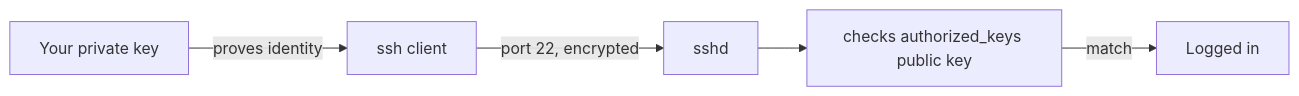
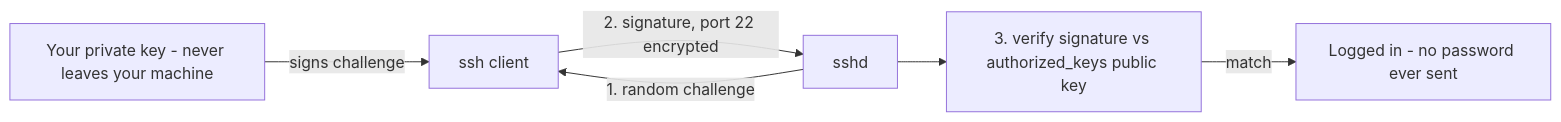
The diagram in 12-linux-security-basics/ssh-basics.md (cloud-prakhar/learning-linux), drawn with Mermaid before and after one commit. The commit also changed other lines of this file and 69 other files, not shown here.

````diff
--- a/12-linux-security-basics/ssh-basics.md
+++ b/12-linux-security-basics/ssh-basics.md
@@ -28,7 +36,8 @@
 ```mermaid
 flowchart LR
-    Priv[Your private key] -->|proves identity| SSH[ssh client]
-    SSH -->|port 22, encrypted| Server[sshd]
-    Server --> Auth[checks authorized_keys public key]
-    Auth -->|match| Shell[Logged in]
+    Priv[Your private key - never leaves your machine] -->|signs challenge| SSH[ssh client]
+    Server[sshd] -->|1. random challenge| SSH
+    SSH -->|2. signature, port 22 encrypted| Server
+    Server --> Auth[3. verify signature vs authorized_keys public key]
+    Auth -->|match| Shell[Logged in - no password ever sent]
 ```
````
